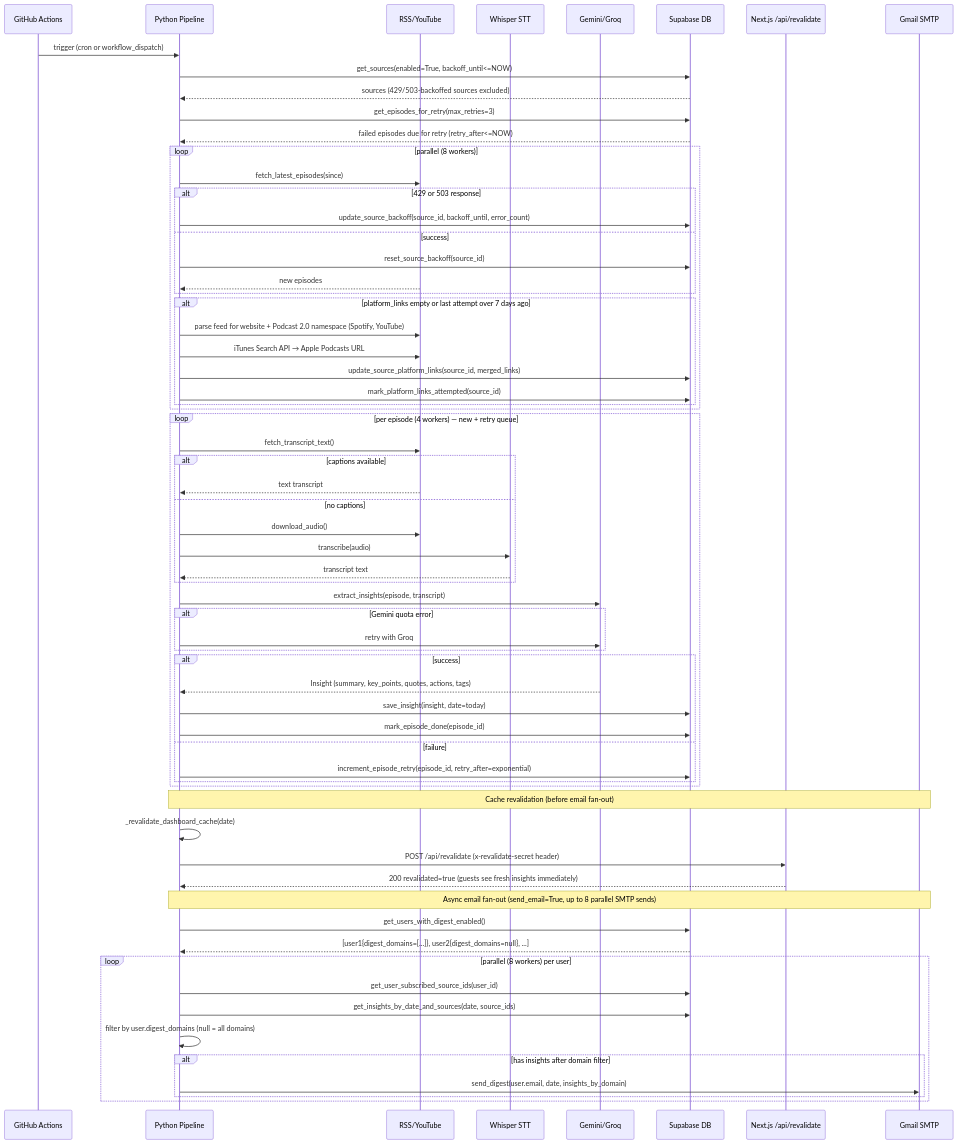
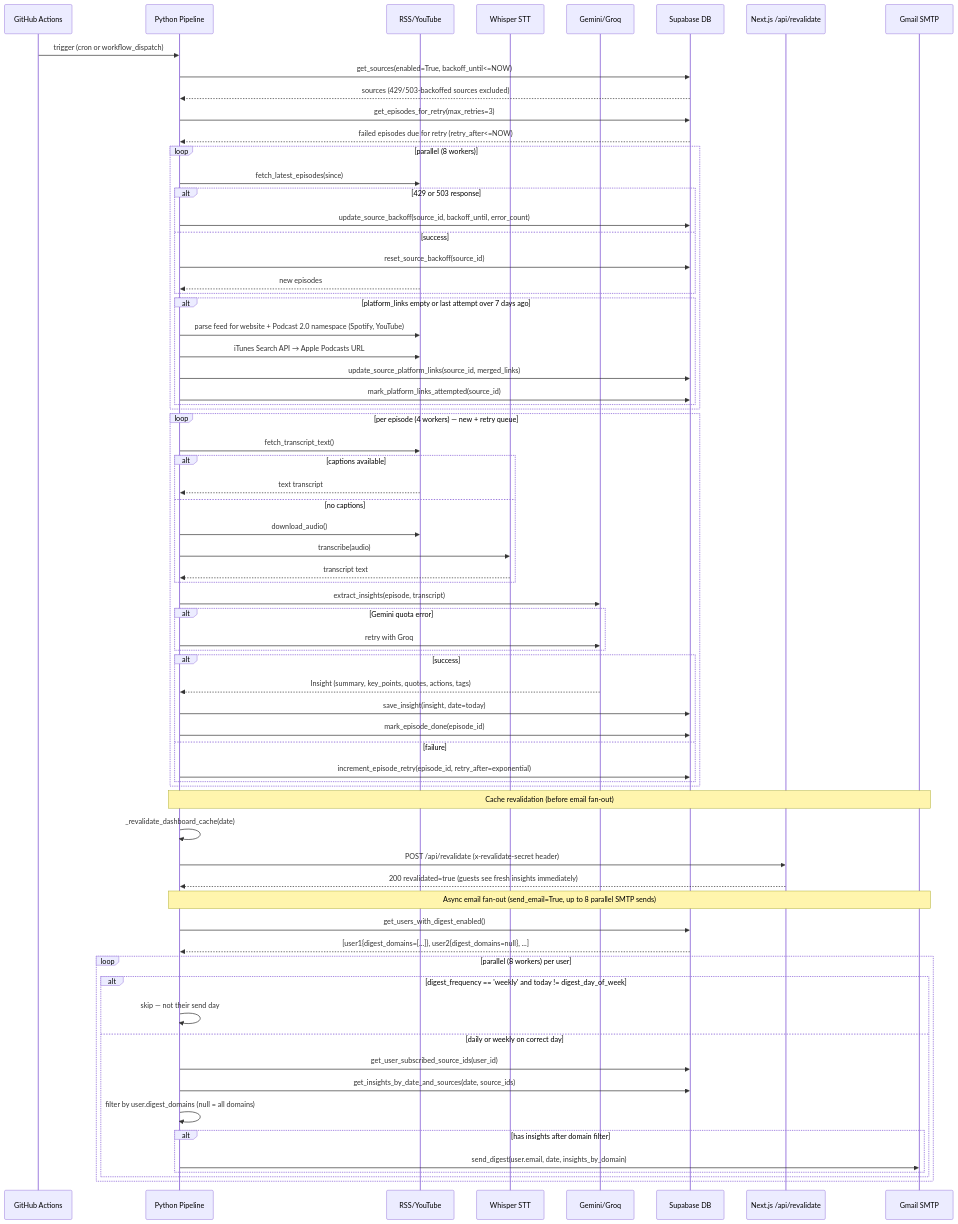
One commit to vtghub/PodcastsSummarizer changed the first of 20 diagrams in docs/request-workflow.md. Above: the diagram before and after it, drawn with Mermaid. The commit also changed other lines of this file and 2 other files, not shown here.

Commit message:
docs: update architecture and workflow diagrams post-PR #168 and #169
- README: migrations 011/012 in project tree; WelcomeOnboarding component;
  profile page and ProfileForm entries updated for digest frequency;
  /api/profile route comment updated; multi-user model adds digest_frequency,
  digest_day_of_week, last_visited_at; digest fan-out step 4 documents
  weekly frequency skip logic; Dashboard Features table: new Onboarding row,
  Profile row updated with Daily/Weekly toggle
- architecture.md: PROFILES node updated with new columns; erDiagram
  user_profiles gains digest_frequency, digest_day_of_week, last_visited_at
- request-workflow.md: pipeline fan-out loop shows weekly skip branch;
  profile update sequence reflects new fields

````diff
--- a/docs/request-workflow.md
+++ b/docs/request-workflow.md
@@ -5,72 +5,76 @@
 ```mermaid
 sequenceDiagram
     participant GH as GitHub Actions
     participant PY as Python Pipeline
     participant RSS as RSS/YouTube
     participant W as Whisper STT
     participant LLM as Gemini/Groq
     participant DB as Supabase DB
     participant NEXT as Next.js /api/revalidate
     participant MAIL as Gmail SMTP
 
     GH->>PY: trigger (cron or workflow_dispatch)
     PY->>DB: get_sources(enabled=True, backoff_until<=NOW)
     DB-->>PY: sources (429/503-backoffed sources excluded)
     PY->>DB: get_episodes_for_retry(max_retries=3)
     DB-->>PY: failed episodes due for retry (retry_after<=NOW)
 
     loop parallel (8 workers)
         PY->>RSS: fetch_latest_episodes(since)
         alt 429 or 503 response
             PY->>DB: update_source_backoff(source_id, backoff_until, error_count)
         else success
             PY->>DB: reset_source_backoff(source_id)
             RSS-->>PY: new episodes
         end
         alt platform_links empty or last attempt over 7 days ago
             PY->>RSS: parse feed for website + Podcast 2.0 namespace (Spotify, YouTube)
             PY->>RSS: iTunes Search API → Apple Podcasts URL
             PY->>DB: update_source_platform_links(source_id, merged_links)
             PY->>DB: mark_platform_links_attempted(source_id)
         end
     end
 
     loop per episode (4 workers) — new + retry queue
         PY->>RSS: fetch_transcript_text()
         alt captions available
             RSS-->>PY: text transcript
         else no captions
             PY->>RSS: download_audio()
             PY->>W: transcribe(audio)
             W-->>PY: transcript text
         end
         PY->>LLM: extract_insights(episode, transcript)
         alt Gemini quota error
             PY->>LLM: retry with Groq
         end
         alt success
             LLM-->>PY: Insight (summary, key_points, quotes, actions, tags)
             PY->>DB: save_insight(insight, date=today)
             PY->>DB: mark_episode_done(episode_id)
         else failure
             PY->>DB: increment_episode_retry(episode_id, retry_after=exponential)
         end
     end
 
     Note over PY,MAIL: Cache revalidation (before email fan-out)
     PY->>PY: _revalidate_dashboard_cache(date)
     PY->>NEXT: POST /api/revalidate (x-revalidate-secret header)
     NEXT-->>PY: 200 revalidated=true (guests see fresh insights immediately)
 
     Note over PY,MAIL: Async email fan-out (send_email=True, up to 8 parallel SMTP sends)
     PY->>DB: get_users_with_digest_enabled()
     DB-->>PY: [user1{digest_domains=[...]}, user2{digest_domains=null}, ...]
     loop parallel (8 workers) per user
-        PY->>DB: get_user_subscribed_source_ids(user_id)
-        PY->>DB: get_insights_by_date_and_sources(date, source_ids)
-        PY->>PY: filter by user.digest_domains (null = all domains)
-        alt has insights after domain filter
-            PY->>MAIL: send_digest(user.email, date, insights_by_domain)
+        alt digest_frequency == 'weekly' and today != digest_day_of_week
+            PY->>PY: skip — not their send day
+        else daily or weekly on correct day
+            PY->>DB: get_user_subscribed_source_ids(user_id)
+            PY->>DB: get_insights_by_date_and_sources(date, source_ids)
+            PY->>PY: filter by user.digest_domains (null = all domains)
+            alt has insights after domain filter
+                PY->>MAIL: send_digest(user.email, date, insights_by_domain)
+            end
         end
     end
 ```
````
